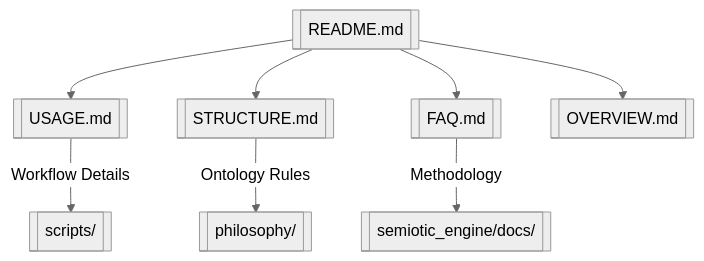
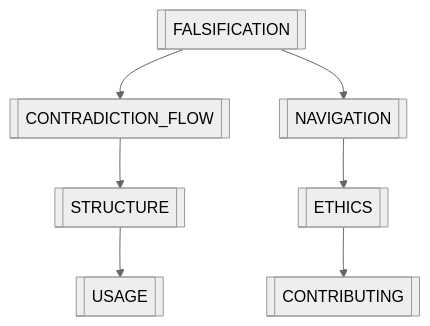
The third of 3 diagrams in philosophy/docs/README.md (soyuz43/Symbolic-Grammar-Interpreter), drawn with Mermaid (neutral theme) before and after one commit. The commit also changed other lines of this file and 25 other files, not shown here.

Commit message:
Created epistemic infrastructure with bias firewalls and validation tools

````diff
--- a/philosophy/docs/README.md
+++ b/philosophy/docs/README.md
@@ -80,15 +79,13 @@
 ```mermaid
 flowchart TD
-    A[[README.md]] --> B[[USAGE.md]]
-    A --> C[[STRUCTURE.md]]
-    A --> D[[FAQ.md]]
-    A --> E[[OVERVIEW.md]]
-    
-    B -->|Workflow Details| F[[scripts/]]
-    C -->|Ontology Rules| G[[philosophy/]]
-    D -->|Methodology| H[[semiotic_engine/docs/]]
-    
-    click B "USAGE.md" "Operational procedures"
-    click C "STRUCTURE.md" "Directory semantics"
-    click E "OVERVIEW.md" "Knowledge graph"
+    A[[FALSIFICATION]] --> B[[CONTRADICTION_FLOW]]
+    A --> C[[NAVIGATION]]
+    B --> D[[STRUCTURE]]
+    C --> E[[ETHICS]]
+    D --> F[[USAGE]]
+    E --> G[[CONTRIBUTING]]
+
+    click A "docs/FALSIFICATION.md" "Entropy validation"
+    click B "docs/CONTRADICTION_FLOW.md" "YAML lifecycle"
+    click C "docs/NAVIGATION.md" "Epistemic map"
 ```
````
